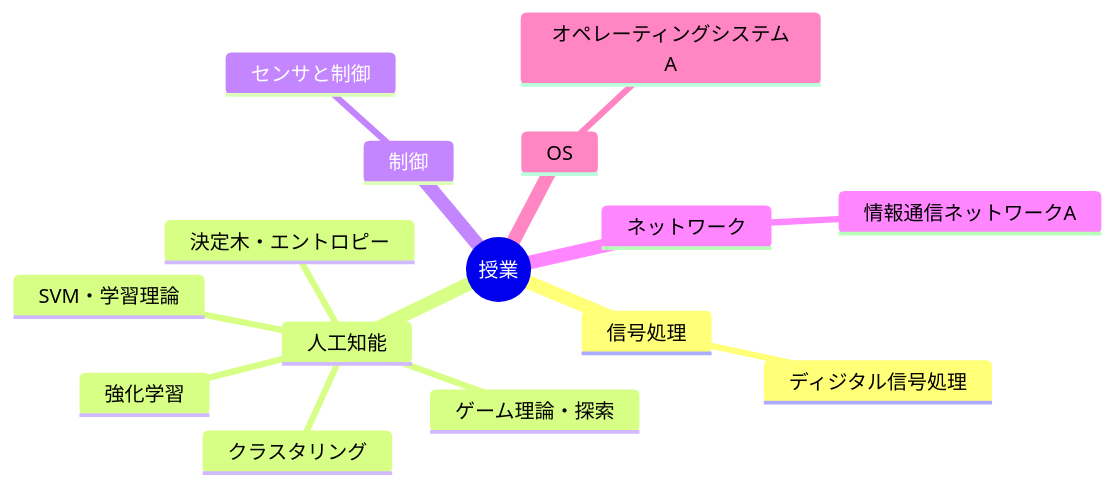
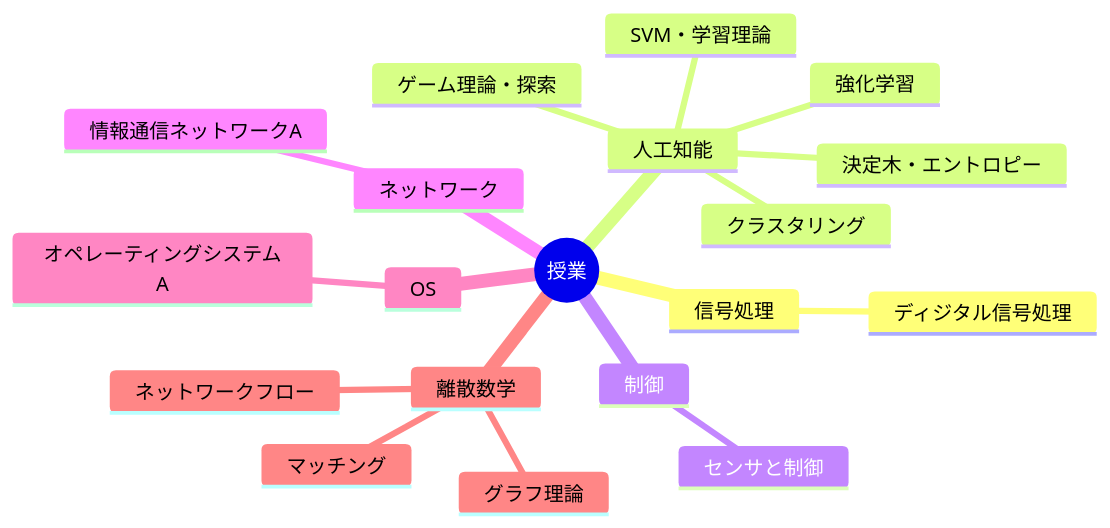
Before and after one commit to 97kuek/obsidian-vault: the diagram in 20_Areas/授業/【MOC】授業.md, drawn with Mermaid. The commit also changed other lines of this file and 12 other files, not shown here.

````diff
--- a/20_Areas/授業/【MOC】授業.md
+++ b/20_Areas/授業/【MOC】授業.md
@@ -13,18 +13,22 @@
 ```mermaid
 mindmap
   root(("授業"))
     信号処理
       ディジタル信号処理
     人工知能
       ゲーム理論・探索
       決定木・エントロピー
       強化学習
       クラスタリング
       SVM・学習理論
     制御
       センサと制御
     ネットワーク
       情報通信ネットワークA
     OS
       オペレーティングシステムA
+    離散数学
+      グラフ理論
+      ネットワークフロー
+      マッチング
 ```
````
